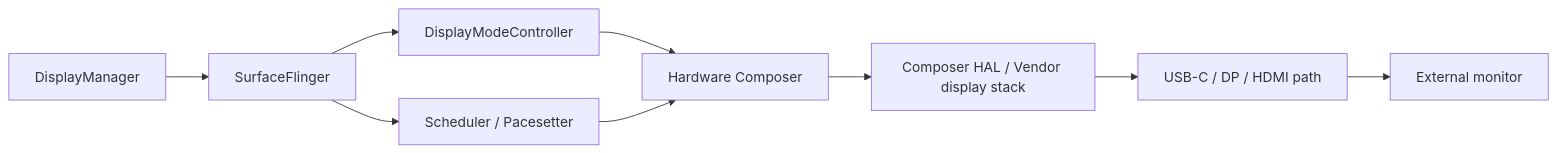
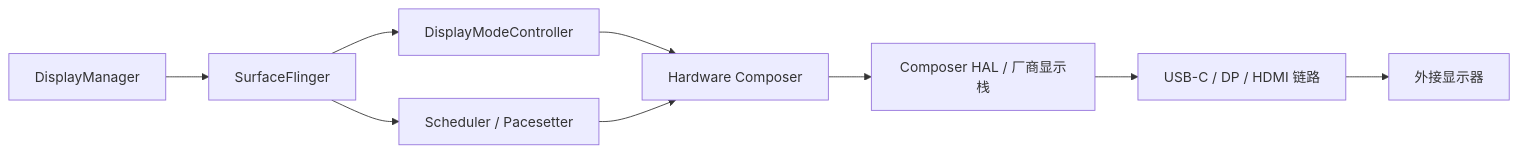
Before and after one commit to Kimuinaii/OPlusAutoHR: the second of 3 diagrams in README.md, drawn with Mermaid. The commit also changed other lines of this file and 3 other files, not shown here.

````diff
--- a/README.md
+++ b/README.md
@@ -102,11 +106,11 @@
 ```mermaid
 flowchart LR
     A[DisplayManager] --> B[SurfaceFlinger]
     B --> C[DisplayModeController]
     B --> D[Scheduler / Pacesetter]
     C --> E[Hardware Composer]
     D --> E
-    E --> F[Composer HAL / Vendor display stack]
-    F --> G[USB-C / DP / HDMI path]
-    G --> H[External monitor]
+    E --> F[Composer HAL / 厂商显示栈]
+    F --> G[USB-C / DP / HDMI 链路]
+    G --> H[外接显示器]
 ```
````
